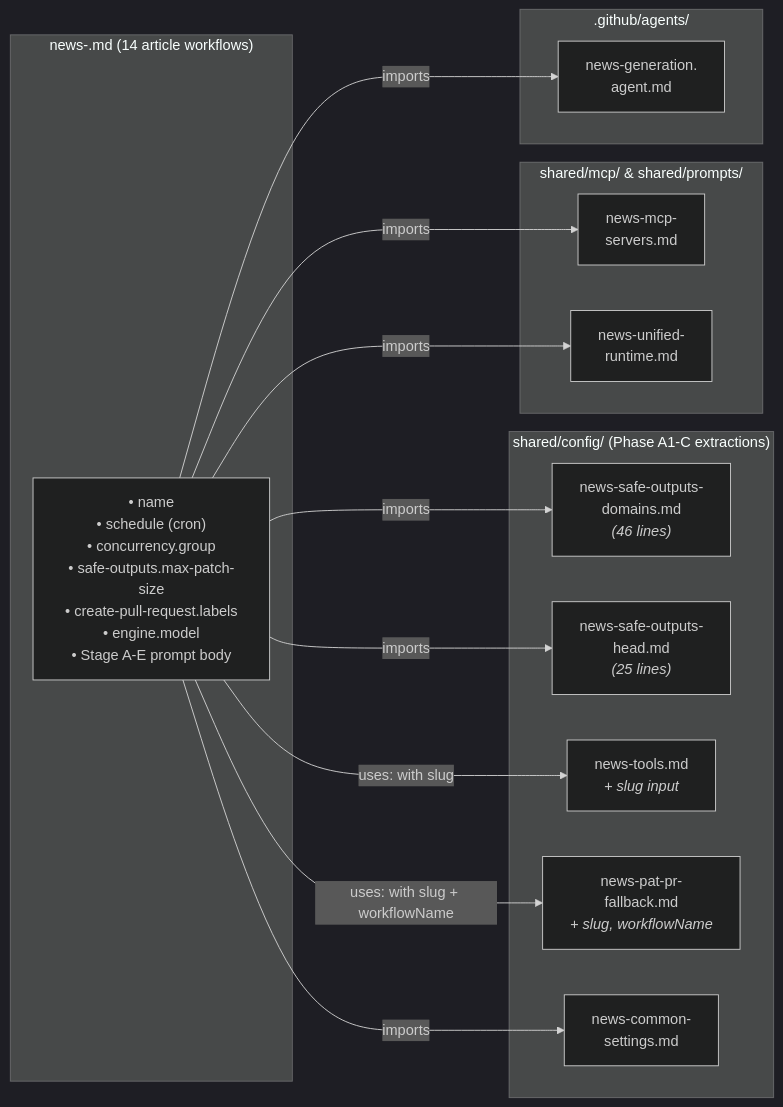
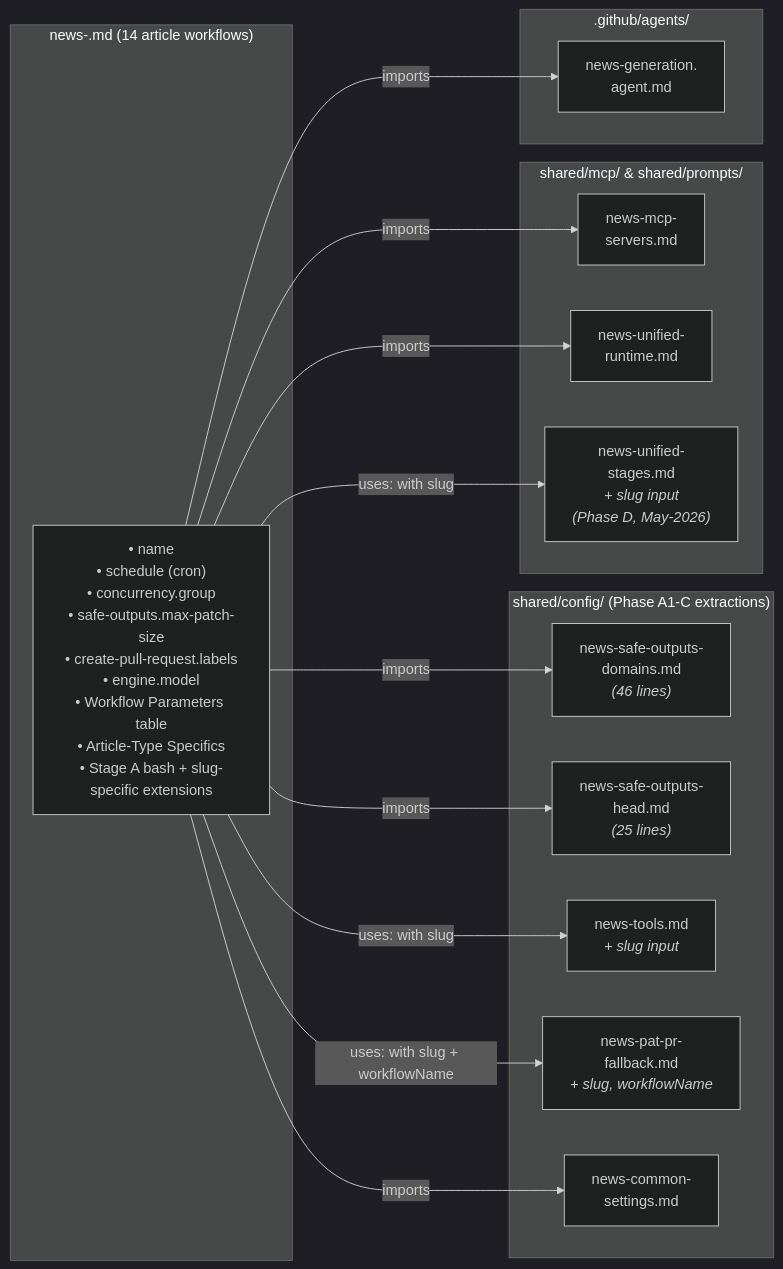
The diagram in docs/api/media/README-3.md (Hack23/euparliamentmonitor), drawn with Mermaid (dark theme) before and after one commit. The commit also changed other lines of this file and 1736 other files, not shown here.

````diff
--- a/docs/api/media/README-3.md
+++ b/docs/api/media/README-3.md
@@ -128,32 +158,34 @@
 ```mermaid
 flowchart LR
     subgraph "news-<slug>.md (14 article workflows)"
-        WF["• name<br/>• schedule (cron)<br/>• concurrency.group<br/>• safe-outputs.max-patch-size<br/>• create-pull-request.labels<br/>• engine.model<br/>• Stage A-E prompt body"]
+        WF["• name<br/>• schedule (cron)<br/>• concurrency.group<br/>• safe-outputs.max-patch-size<br/>• create-pull-request.labels<br/>• engine.model<br/>• Workflow Parameters table<br/>• Article-Type Specifics<br/>• Stage A bash + slug-specific extensions"]
     end
 
     subgraph "shared/config/ (Phase A1-C extractions)"
         DOM["news-safe-outputs-<br/>domains.md<br/><i>(46 lines)</i>"]
         HEAD["news-safe-outputs-<br/>head.md<br/><i>(25 lines)</i>"]
         TOOLS["news-tools.md<br/><i>+ slug input</i>"]
         PATPR["news-pat-pr-<br/>fallback.md<br/><i>+ slug, workflowName</i>"]
         COMMON["news-common-<br/>settings.md"]
     end
 
     subgraph "shared/mcp/ & shared/prompts/"
         MCP["news-mcp-<br/>servers.md"]
         RT["news-unified-<br/>runtime.md"]
+        STAGES["news-unified-<br/>stages.md<br/><i>+ slug input<br/>(Phase D, May-2026)</i>"]
     end
 
     subgraph ".github/agents/"
         AGENT["news-generation.<br/>agent.md"]
     end
 
     WF -->|imports| AGENT
     WF -->|imports| COMMON
     WF -->|imports| DOM
     WF -->|imports| HEAD
     WF -->|uses: with slug| TOOLS
     WF -->|uses: with slug + workflowName| PATPR
     WF -->|imports| MCP
     WF -->|imports| RT
+    WF -->|uses: with slug| STAGES
 ```
````
